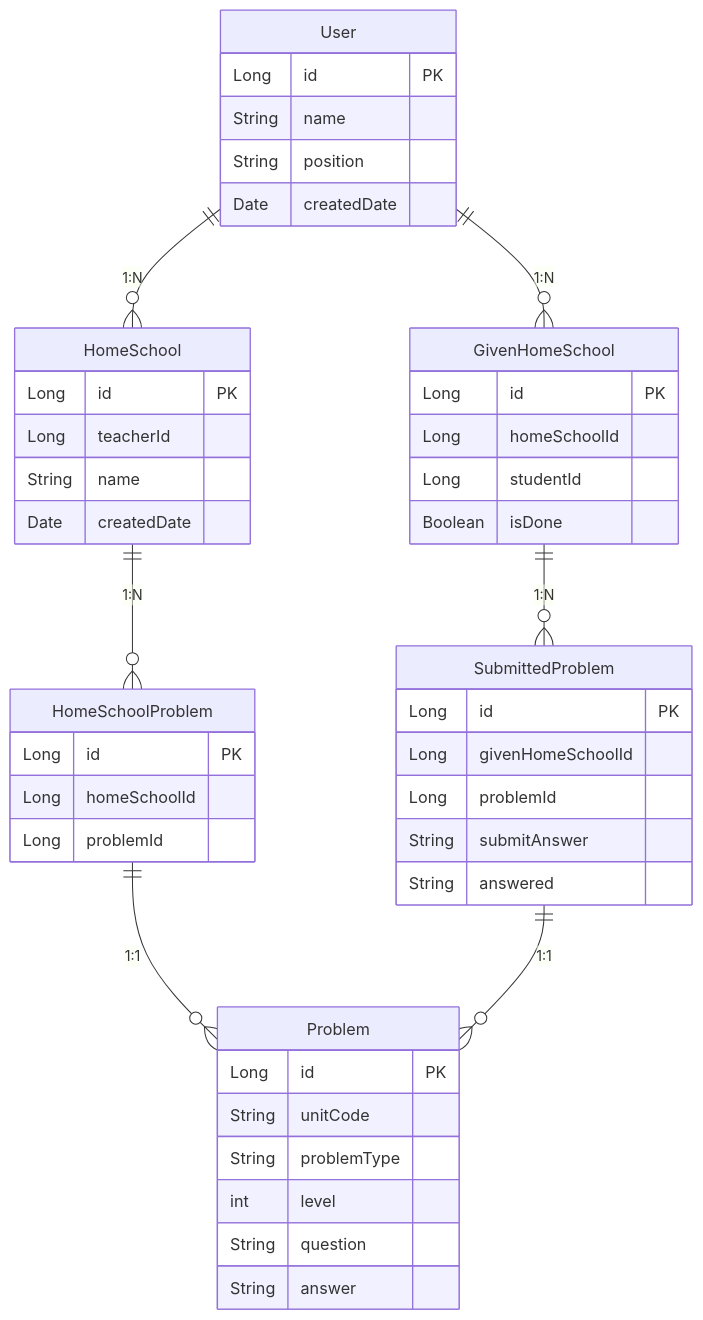
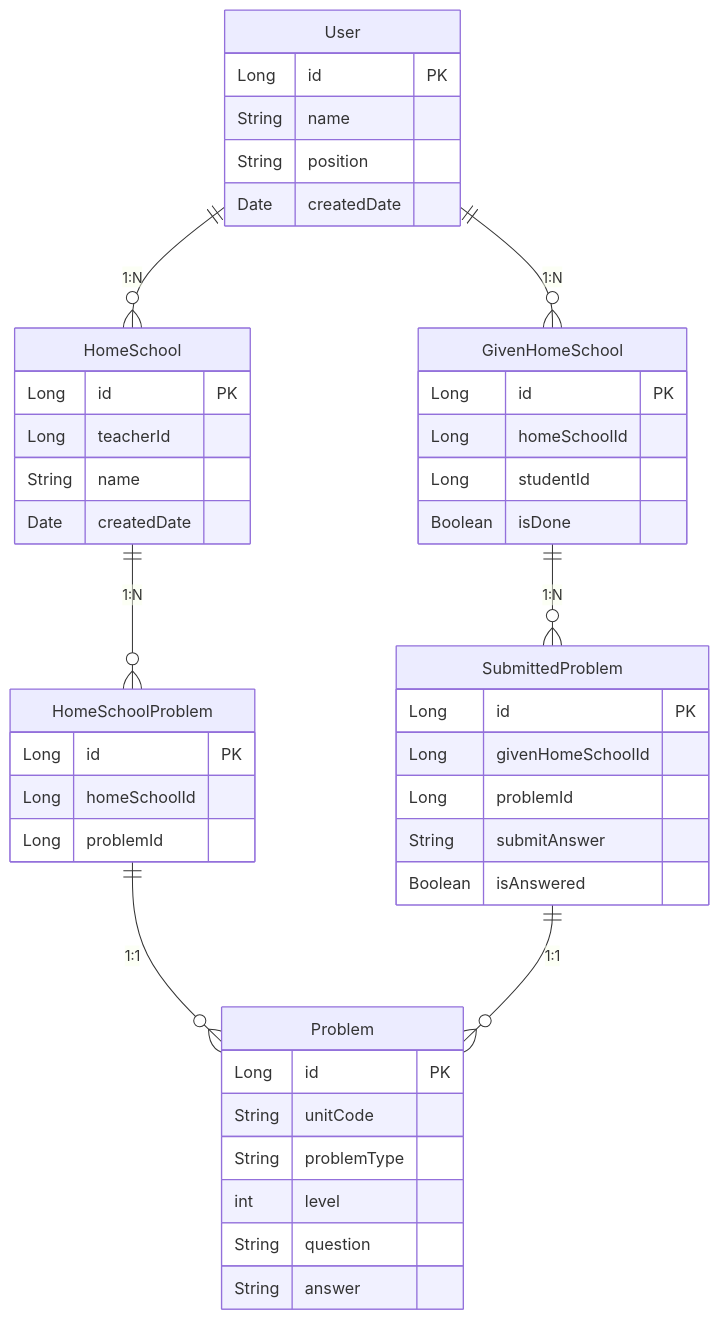
The diagram in docs/ERD.md (lgm1007/home-school-materials-api), drawn with Mermaid before and after one commit. The commit also changed other lines of this file, not shown here.

Commit message:
docs: ERD - 학생이 제출한 문제 별 정답 테이블에 정답을 맞췄는지 틀렸는지 컬럼 타입 및 컬럼명 수정

````diff
--- a/docs/ERD.md
+++ b/docs/ERD.md
@@ -1,53 +1,53 @@
 ```mermaid
 erDiagram
     Problem {
         Long id PK
         String unitCode
         String problemType
         int level
         String question
         String answer
     }
     
     HomeSchool {
         Long id PK
         Long teacherId
         String name
         Date createdDate
     }
 
     HomeSchoolProblem {
         Long id PK
         Long homeSchoolId
         Long problemId
     }
 
     GivenHomeSchool {
         Long id PK
         Long homeSchoolId
         Long studentId
         Boolean isDone
     }
 
     SubmittedProblem {
         Long id PK
         Long givenHomeSchoolId
         Long problemId
         String submitAnswer
-        String answered
+        Boolean isAnswered
     }
 
     User {
         Long id PK
         String name
         String position
         Date createdDate
     }
 
     HomeSchool ||--o{ HomeSchoolProblem : "1:N"
     HomeSchoolProblem ||--o{ Problem : "1:1"
     GivenHomeSchool ||--o{ SubmittedProblem : "1:N"
     SubmittedProblem ||--o{ Problem : "1:1"
     User ||--o{ HomeSchool : "1:N"
     User ||--o{ GivenHomeSchool : "1:N"
 ```
````
